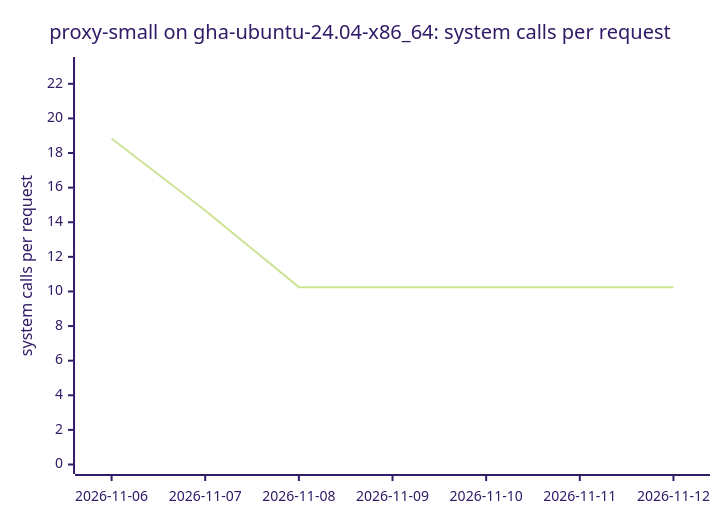
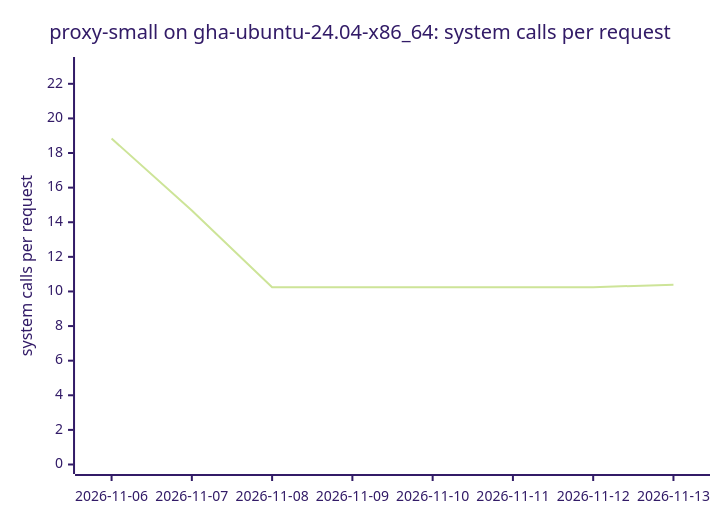
Diagram 13 of 18 in BENCHMARKS.md (ThePixelPilgrim/durchlauferhitzer), drawn with Mermaid (forest theme) before and after one commit. The commit also changed other lines of this file and 1 other file, not shown here.

````diff
--- a/BENCHMARKS.md
+++ b/BENCHMARKS.md
@@ -148,7 +148,7 @@
 ```mermaid
 xychart-beta
   title "proxy-small on gha-ubuntu-24.04-x86_64: system calls per request"
-  x-axis ["2026-11-06", "2026-11-07", "2026-11-08", "2026-11-09", "2026-11-10", "2026-11-11", "2026-11-12"]
+  x-axis ["2026-11-06", "2026-11-07", "2026-11-08", "2026-11-09", "2026-11-10", "2026-11-11", "2026-11-12", "2026-11-13"]
   y-axis "system calls per request" 0 --> 23
-  line [18.84, 14.68, 10.25, 10.25, 10.25, 10.25, 10.25]
+  line [18.84, 14.68, 10.25, 10.25, 10.25, 10.25, 10.25, 10.39]
 ```
````
